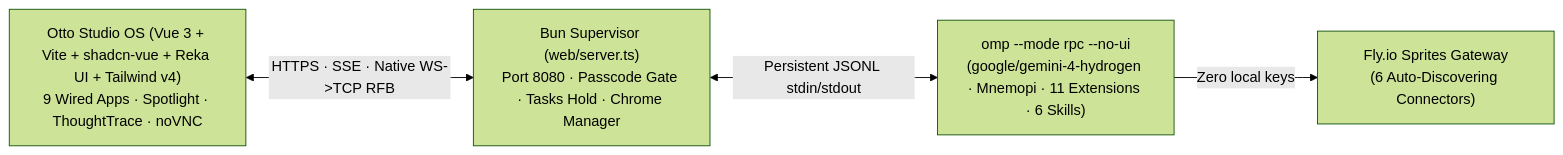
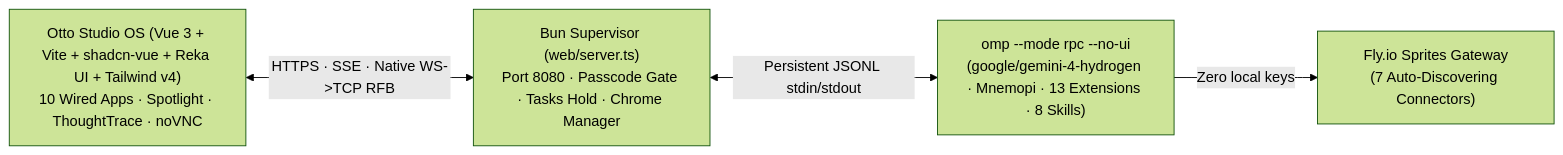
The first of 6 diagrams in docs/architecture.md (roffidaijoubu/otto), drawn with Mermaid (forest theme) before and after one commit. The commit also changed other lines of this file and 8 other files, not shown here.

````diff
--- a/docs/architecture.md
+++ b/docs/architecture.md
@@ -13,6 +13,6 @@
 ```mermaid
 flowchart LR
-    B["Otto Studio OS (Vue 3 + Vite + shadcn-vue + Reka UI + Tailwind v4)<br/>9 Wired Apps · Spotlight · ThoughtTrace · noVNC"] <-->|"HTTPS · SSE · Native WS->TCP RFB"| S["Bun Supervisor (web/server.ts)<br/>Port 8080 · Passcode Gate · Tasks Hold · Chrome Manager"]
-    S <-->|"Persistent JSONL stdin/stdout"| O["omp --mode rpc --no-ui<br/>(google/gemini-4-hydrogen · Mnemopi · 11 Extensions · 6 Skills)"]
-    O -->|"Zero local keys"| G["Fly.io Sprites Gateway<br/>(6 Auto-Discovering Connectors)"]
+    B["Otto Studio OS (Vue 3 + Vite + shadcn-vue + Reka UI + Tailwind v4)<br/>10 Wired Apps · Spotlight · ThoughtTrace · noVNC"] <-->|"HTTPS · SSE · Native WS->TCP RFB"| S["Bun Supervisor (web/server.ts)<br/>Port 8080 · Passcode Gate · Tasks Hold · Chrome Manager"]
+    S <-->|"Persistent JSONL stdin/stdout"| O["omp --mode rpc --no-ui<br/>(google/gemini-4-hydrogen · Mnemopi · 13 Extensions · 8 Skills)"]
+    O -->|"Zero local keys"| G["Fly.io Sprites Gateway<br/>(7 Auto-Discovering Connectors)"]
 ```
````
